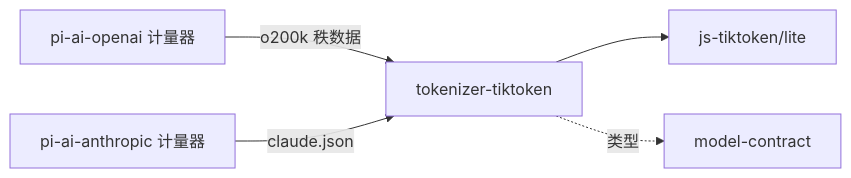
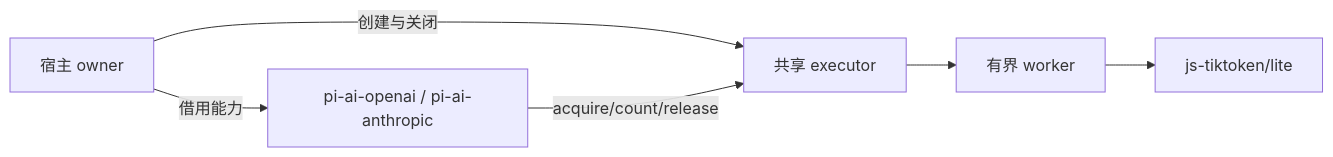
Before and after one commit to nemori-ai/omne-harness-lite: the diagram in packages/model/tokenizer-tiktoken/docs/context.md, drawn with Mermaid. The commit also changed other lines of this file and 35 other files, not shown here.

First line of the commit message:
feat(tokenizer): 以有界 worker 池执行私有租约计数

````diff
--- a/packages/model/tokenizer-tiktoken/docs/context.md
+++ b/packages/model/tokenizer-tiktoken/docs/context.md
@@ -15,7 +14,8 @@
 ```mermaid
 flowchart LR
-  OpenAI[pi-ai-openai 计量器] -->|o200k 秩数据| Tik[tokenizer-tiktoken]
-  Anthropic[pi-ai-anthropic 计量器] -->|claude.json| Tik
-  Tik --> Lite[js-tiktoken/lite]
-  Tik -. 类型 .-> Contract[model-contract]
+  Host[宿主 owner] -->|创建与关闭| Pool[共享 executor]
+  Host -->|借用能力| Family[pi-ai-openai / pi-ai-anthropic]
+  Family -->|acquire/count/release| Pool
+  Pool --> Workers[有界 worker]
+  Workers --> Lite[js-tiktoken/lite]
 ```
````
